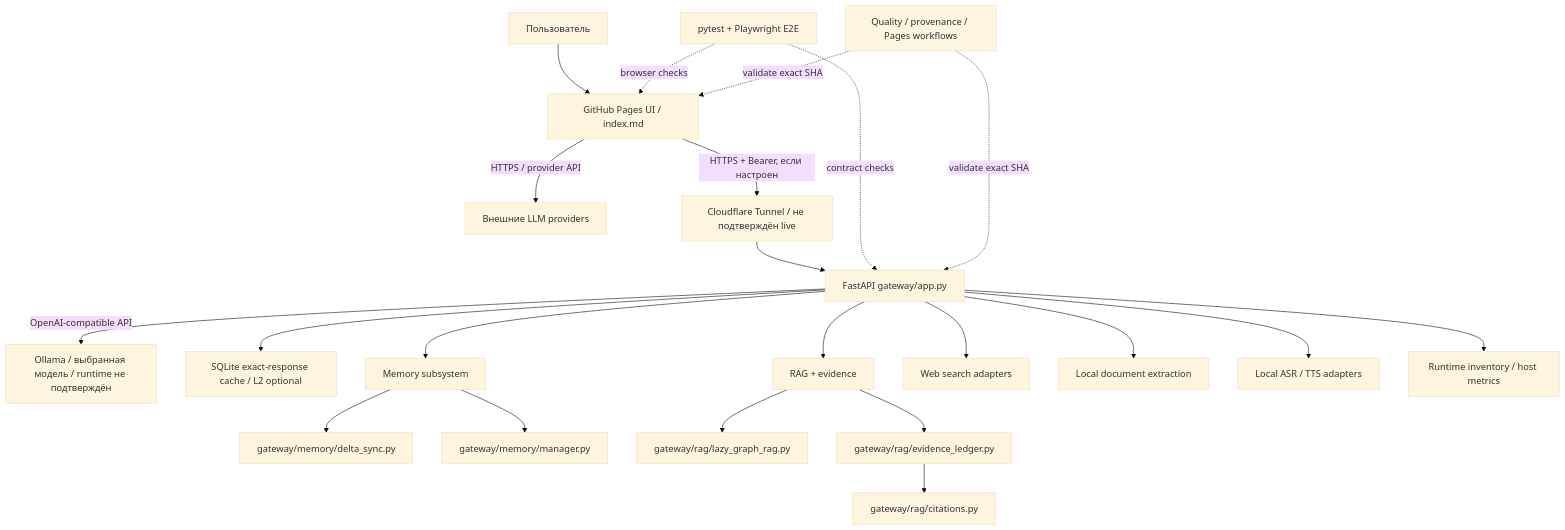
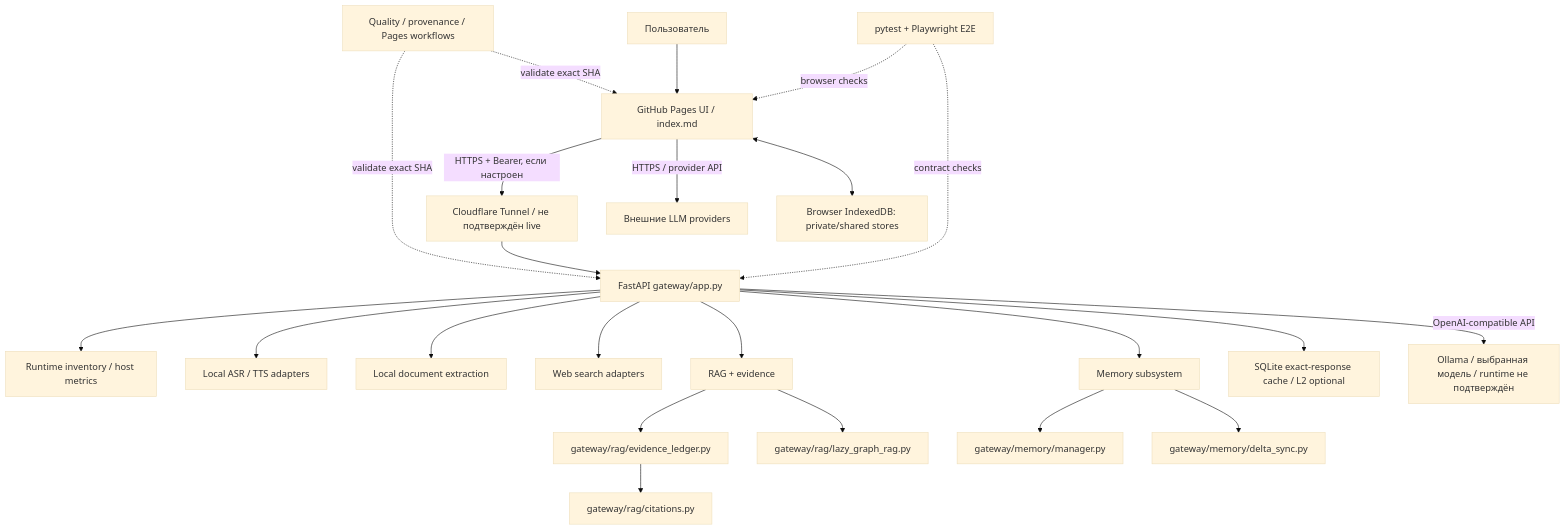
Before and after one commit to DorpNay/skills-github-pages: the diagram in docs/ALANDI_ARCHITECTURE_MAP_RU.md, drawn with Mermaid (base theme). The commit also changed other lines of this file and 2 other files, not shown here.

Commit message:
docs(architecture): trace private memory routing in Graphify

````diff
--- a/docs/ALANDI_ARCHITECTURE_MAP_RU.md
+++ b/docs/ALANDI_ARCHITECTURE_MAP_RU.md
@@ -8,24 +8,25 @@
 ```mermaid
 flowchart TD
   User[Пользователь] --> UI[GitHub Pages UI / index.md]
+  UI <--> BrowserMemory[Browser IndexedDB: private/shared stores]
   UI -->|HTTPS / provider API| Providers[Внешние LLM providers]
   UI -->|HTTPS + Bearer, если настроен| Tunnel[Cloudflare Tunnel / не подтверждён live]
   Tunnel --> GW[FastAPI gateway/app.py]
   GW -->|OpenAI-compatible API| Ollama[Ollama / выбранная модель / runtime не подтверждён]
   GW --> Cache[SQLite exact-response cache / L2 optional]
   GW --> Memory[Memory subsystem]
   GW --> RAG[RAG + evidence]
   GW --> Search[Web search adapters]
   GW --> Docs[Local document extraction]
   GW --> Audio[Local ASR / TTS adapters]
   Memory --> Delta[gateway/memory/delta_sync.py]
   Memory --> Graph[gateway/memory/manager.py]
   RAG --> Lazy[gateway/rag/lazy_graph_rag.py]
   RAG --> Ledger[gateway/rag/evidence_ledger.py]
   Ledger --> Citations[gateway/rag/citations.py]
   GW --> Runtime[Runtime inventory / host metrics]
   Tests[pytest + Playwright E2E] -. contract checks .-> GW
   Tests -. browser checks .-> UI
   CI[Quality / provenance / Pages workflows] -. validate exact SHA .-> UI
   CI -. validate exact SHA .-> GW
 ```
````
